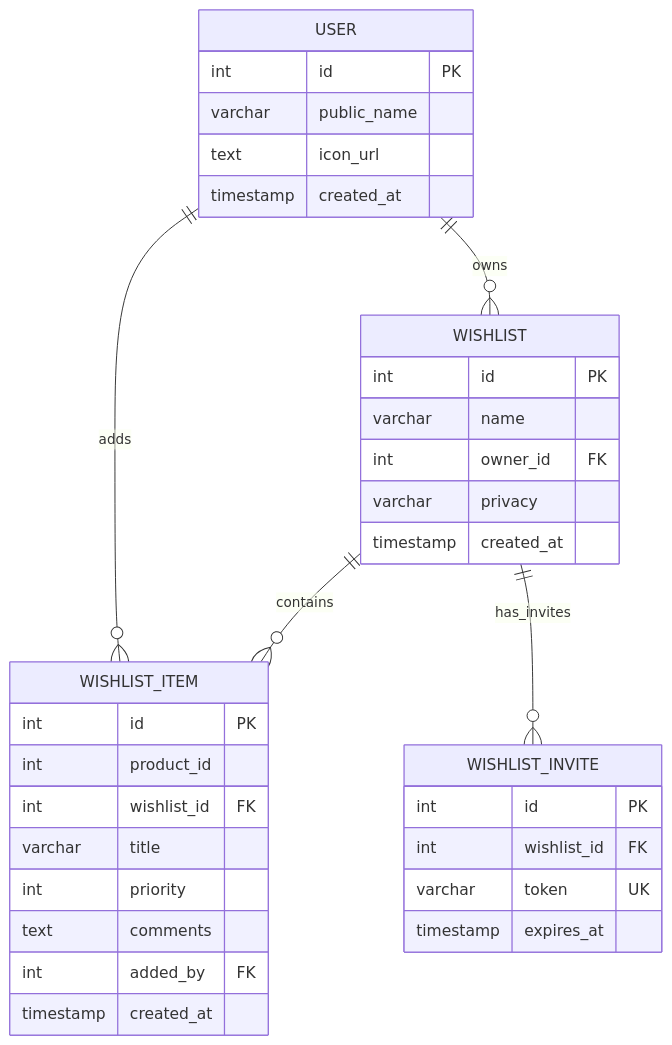
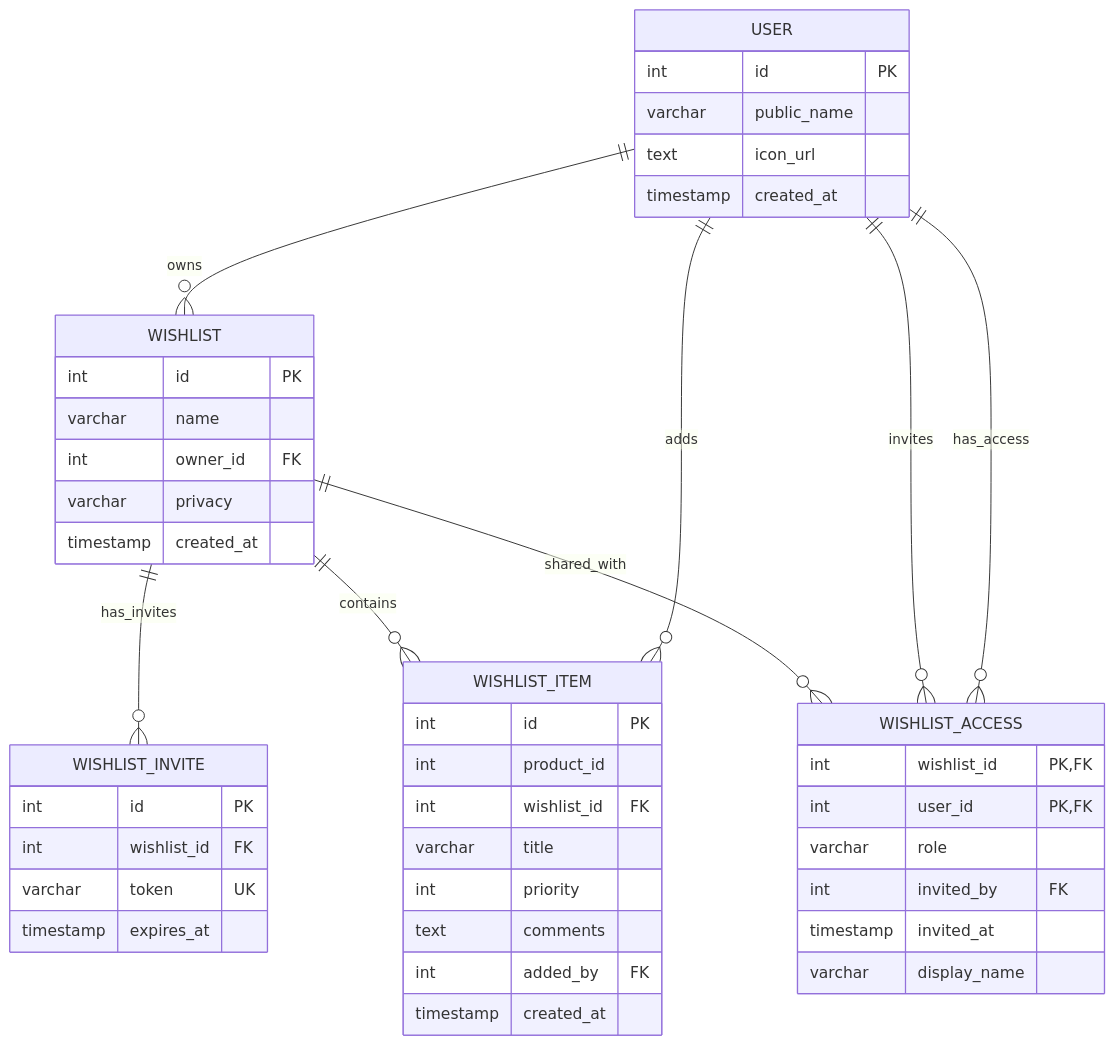
One commit to eeshazro/wishlist changed the diagram in database_erd_basic.md. Above: the diagram before and after it, drawn with Mermaid. The commit also changed other lines of this file, not shown here.

Commit message:
changes to basic erd

````diff
--- a/database_erd_basic.md
+++ b/database_erd_basic.md
@@ -5,44 +5,57 @@
 ```mermaid
 erDiagram
     %% User Schema
     USER {
         int id PK
         varchar public_name
         text icon_url
         timestamp created_at
     }
 
     %% Wishlist Schema
     WISHLIST {
         int id PK
         varchar name
         int owner_id FK
         varchar privacy
         timestamp created_at
     }
 
     WISHLIST_ITEM {
         int id PK
         int product_id
         int wishlist_id FK
         varchar title
         int priority
         text comments
         int added_by FK
         timestamp created_at
     }
 
     %% Simple Invitation Schema (View-Only)
     WISHLIST_INVITE {
         int id PK
         int wishlist_id FK
         varchar token UK
         timestamp expires_at
     }
 
+    %% Simple Access Tracking (for Manage People modal)
+    WISHLIST_ACCESS {
+        int wishlist_id PK,FK
+        int user_id PK,FK
+        varchar role
+        int invited_by FK
+        timestamp invited_at
+        varchar display_name
+    }
+
     %% Relationships
     USER ||--o{ WISHLIST : "owns"
     USER ||--o{ WISHLIST_ITEM : "adds"
+    USER ||--o{ WISHLIST_ACCESS : "has_access"
+    USER ||--o{ WISHLIST_ACCESS : "invites"
     WISHLIST ||--o{ WISHLIST_ITEM : "contains"
     WISHLIST ||--o{ WISHLIST_INVITE : "has_invites"
+    WISHLIST ||--o{ WISHLIST_ACCESS : "shared_with"
 ```
````
